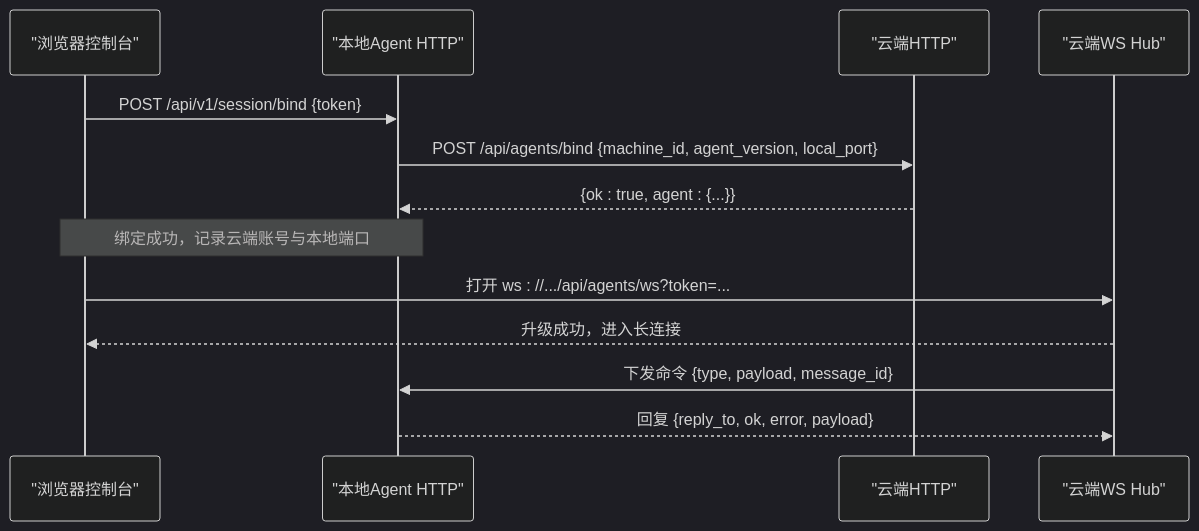
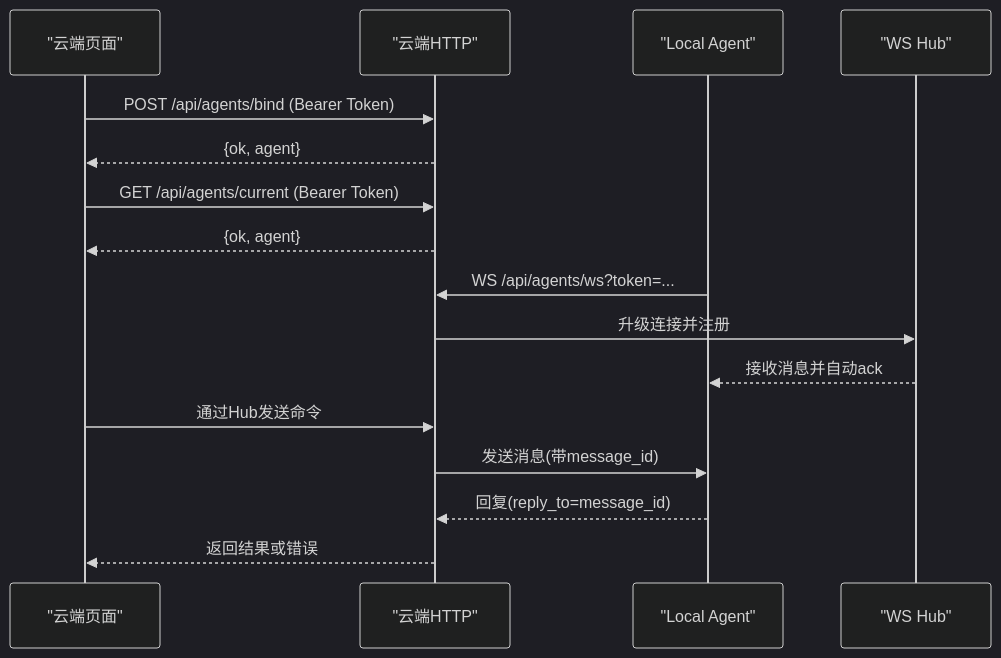
The second of 5 diagrams in .qoder/repowiki/zh/content/API接口文档/云端REST API/本地Agent管理API.md (alvinwangzi/goodhr), drawn with Mermaid (dark theme) before and after one commit. The commit also changed other lines of this file and 149 other files, not shown here.

````diff
--- a/.qoder/repowiki/zh/content/API接口文档/云端REST API/本地Agent管理API.md
+++ b/.qoder/repowiki/zh/content/API接口文档/云端REST API/本地Agent管理API.md
@@ -93,15 +74,18 @@
 ```mermaid
 sequenceDiagram
-participant Browser as "浏览器控制台"
-participant Local as "本地Agent HTTP"
-participant Cloud as "云端HTTP"
-participant WS as "云端WS Hub"
-Browser->>Local : POST /api/v1/session/bind {token}
-Local->>Cloud : POST /api/agents/bind {machine_id, agent_version, local_port}
-Cloud-->>Local : {ok : true, agent : {...}}
-Note over Local,Browser : 绑定成功，记录云端账号与本地端口
-Browser->>WS : 打开 ws : //.../api/agents/ws?token=...
-WS-->>Browser : 升级成功，进入长连接
-WS->>Local : 下发命令 {type, payload, message_id}
-Local-->>WS : 回复 {reply_to, ok, error, payload}
+participant U as "云端页面"
+participant C as "云端HTTP"
+participant L as "Local Agent"
+participant H as "WS Hub"
+U->>C : POST /api/agents/bind (Bearer Token)
+C-->>U : {ok, agent}
+U->>C : GET /api/agents/current (Bearer Token)
+C-->>U : {ok, agent}
+L->>C : WS /api/agents/ws?token=...
+C->>H : 升级连接并注册
+H-->>L : 接收消息并自动ack
+U->>C : 通过Hub发送命令
+C->>L : 发送消息(带message_id)
+L-->>C : 回复(reply_to=message_id)
+C-->>U : 返回结果或错误
 ```
````
